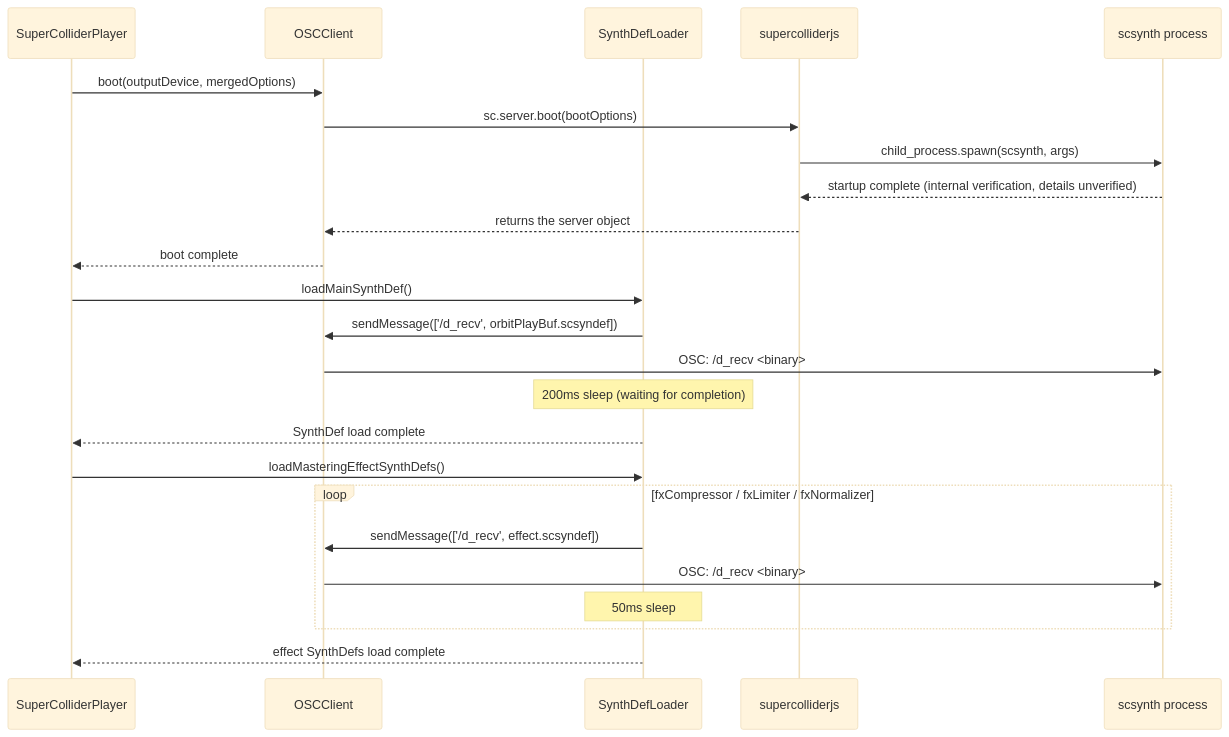
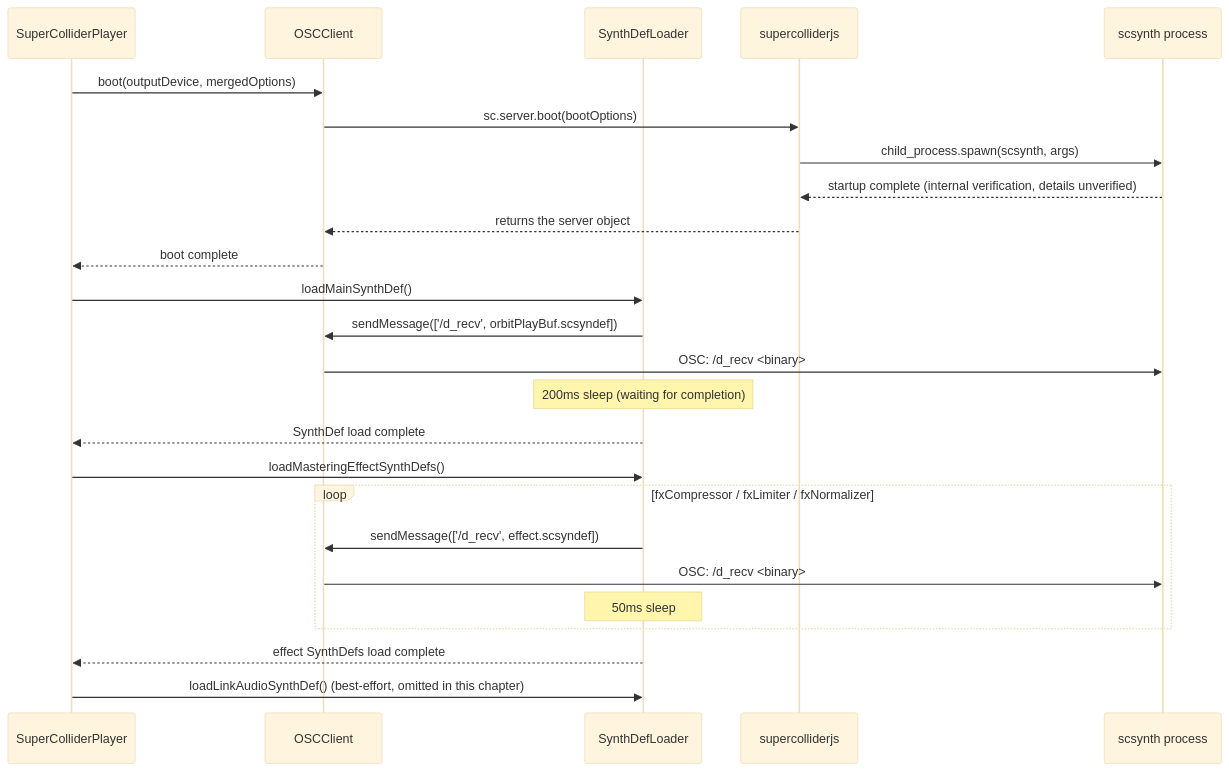
One commit to signalcompose/orbitscore changed the first of 2 diagrams in sites/dev/en/audio/supercollider.md. Above: the diagram before and after it, drawn with Mermaid (base theme). The commit also changed other lines of this file and 14 other files, not shown here.

````diff
--- a/sites/dev/en/audio/supercollider.md
+++ b/sites/dev/en/audio/supercollider.md
@@ -146,29 +201,31 @@
 ```mermaid
 sequenceDiagram
   participant SP as SuperColliderPlayer
   participant OC as OSCClient
   participant SDL as SynthDefLoader
   participant SCjs as supercolliderjs
   participant SC as scsynth process
 
   SP->>OC: boot(outputDevice, mergedOptions)
   OC->>SCjs: sc.server.boot(bootOptions)
   SCjs->>SC: child_process.spawn(scsynth, args)
   SC-->>SCjs: startup complete (internal verification, details unverified)
   SCjs-->>OC: returns the server object
   OC-->>SP: boot complete
 
   SP->>SDL: loadMainSynthDef()
   SDL->>OC: sendMessage(['/d_recv', orbitPlayBuf.scsyndef])
   OC->>SC: OSC: /d_recv <binary>
   Note over SDL: 200ms sleep (waiting for completion)
   SDL-->>SP: SynthDef load complete
 
   SP->>SDL: loadMasteringEffectSynthDefs()
   loop fxCompressor / fxLimiter / fxNormalizer
     SDL->>OC: sendMessage(['/d_recv', effect.scsyndef])
     OC->>SC: OSC: /d_recv <binary>
     Note over SDL: 50ms sleep
   end
   SDL-->>SP: effect SynthDefs load complete
+
+  SP->>SDL: loadLinkAudioSynthDef() (best-effort, omitted in this chapter)
 ```
````
